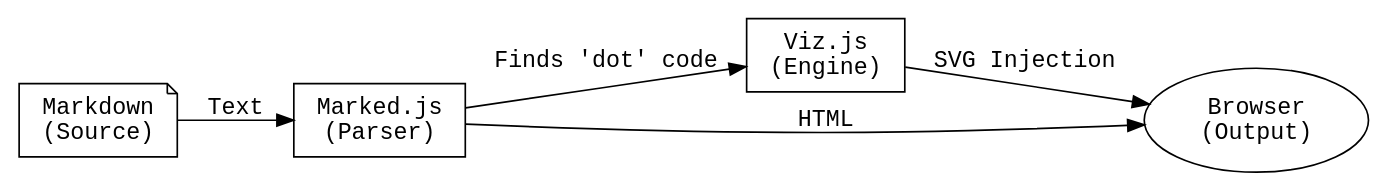
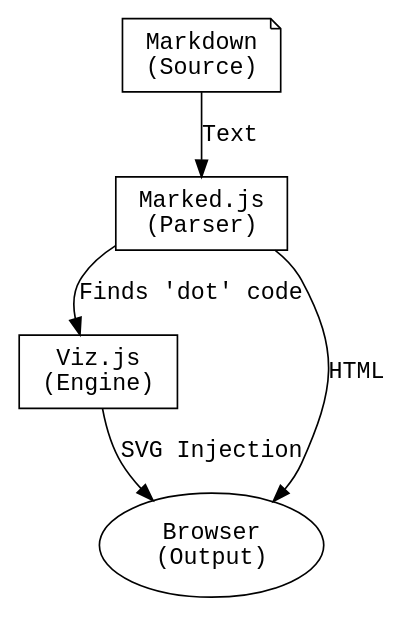
Before and after one commit to pjsvis/polyvis: the diagram in public/docs/example.md, drawn with Graphviz. The commit also changed 6 other files, not shown here.

````diff
--- a/public/docs/example.md
+++ b/public/docs/example.md
@@ -13,17 +13,17 @@
 ```dot
 digraph Logic {
-    rankdir=LR;
+    rankdir=TB;
     node [shape=box, fontname="Courier", margin="0.2,0.1", style=filled, fillcolor="white"];
     edge [fontname="Courier"];
 
     Raw [label="Markdown\n(Source)", shape=note];
     Parser [label="Marked.js\n(Parser)"];
     Engine [label="Viz.js\n(Engine)"];
     View [label="Browser\n(Output)", shape=ellipse];
 
     Raw -> Parser [label="Text"];
     Parser -> Engine [label="Finds 'dot' code"];
     Parser -> View [label="HTML"];
     Engine -> View [label="SVG Injection"];
 }
 ```
````
